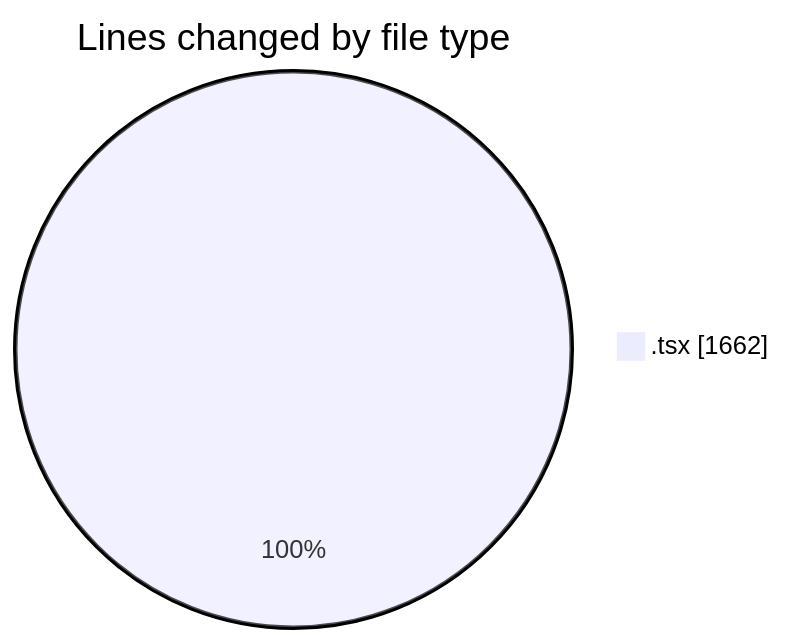
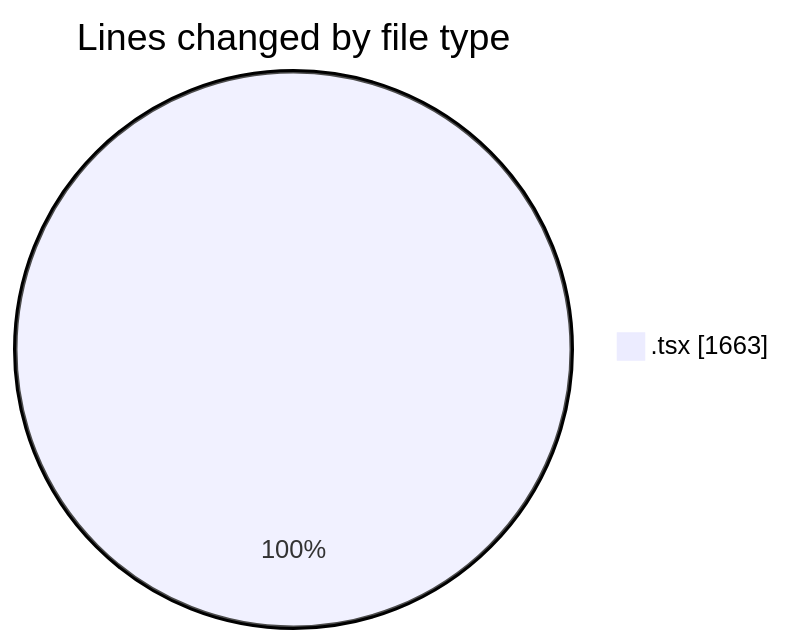
The first of 2 diagrams in 2025-06-12/cda/README.md (momahboobian/code-tracking), drawn with Mermaid before and after one commit. The commit also changed other lines of this file and 1 other file, not shown here.

````diff
--- a/2025-06-12/cda/README.md
+++ b/2025-06-12/cda/README.md
@@ -22,5 +22,5 @@
 ```mermaid
 pie showData
 title Lines changed by file type
-".tsx" : 1662
+".tsx" : 1663
 ```
````
